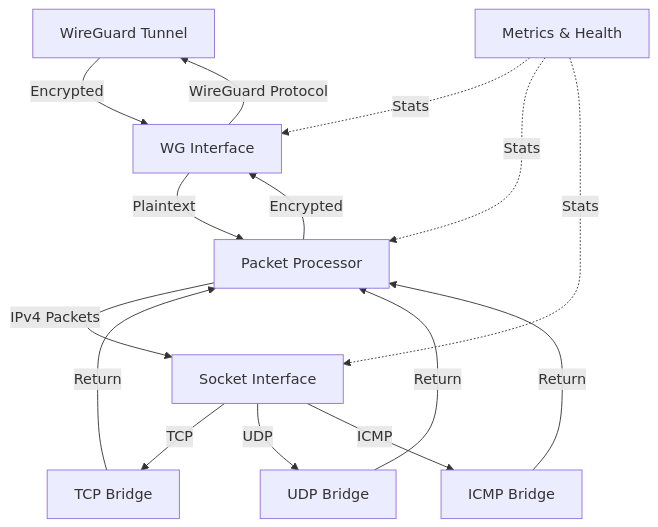
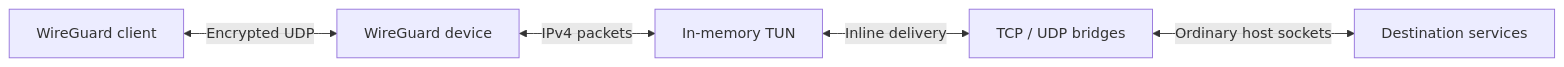
The diagram in docs/README.md (irctrakz/wgslirp), drawn with Mermaid before and after one commit. The commit also changed other lines of this file and 4 other files, not shown here.

````diff
--- a/docs/README.md
+++ b/docs/README.md
@@ -50,17 +159,7 @@
 ```mermaid
-graph TD
-    A[WireGuard Tunnel] -->|Encrypted| B[WG Interface]
-    B -->|Plaintext| C[Packet Processor]
-    C -->|IPv4 Packets| D[Socket Interface]
-    D -->|TCP| E[TCP Bridge]
-    D -->|UDP| F[UDP Bridge]
-    D -->|ICMP| G[ICMP Bridge]
-    E -->|Return| C
-    F -->|Return| C
-    G -->|Return| C
-    C -->|Encrypted| B
-    B -->|WireGuard Protocol| A
-    I[Metrics & Health] -.->|Stats| B
-    I -.->|Stats| C
-    I -.->|Stats| D
+flowchart LR
+    Client[WireGuard client] <-->|Encrypted UDP| WG[WireGuard device]
+    WG <-->|IPv4 packets| TUN[In-memory TUN]
+    TUN <-->|Inline delivery| Bridge[TCP / UDP bridges]
+    Bridge <-->|Ordinary host sockets| Destination[Destination services]
 ```
````
